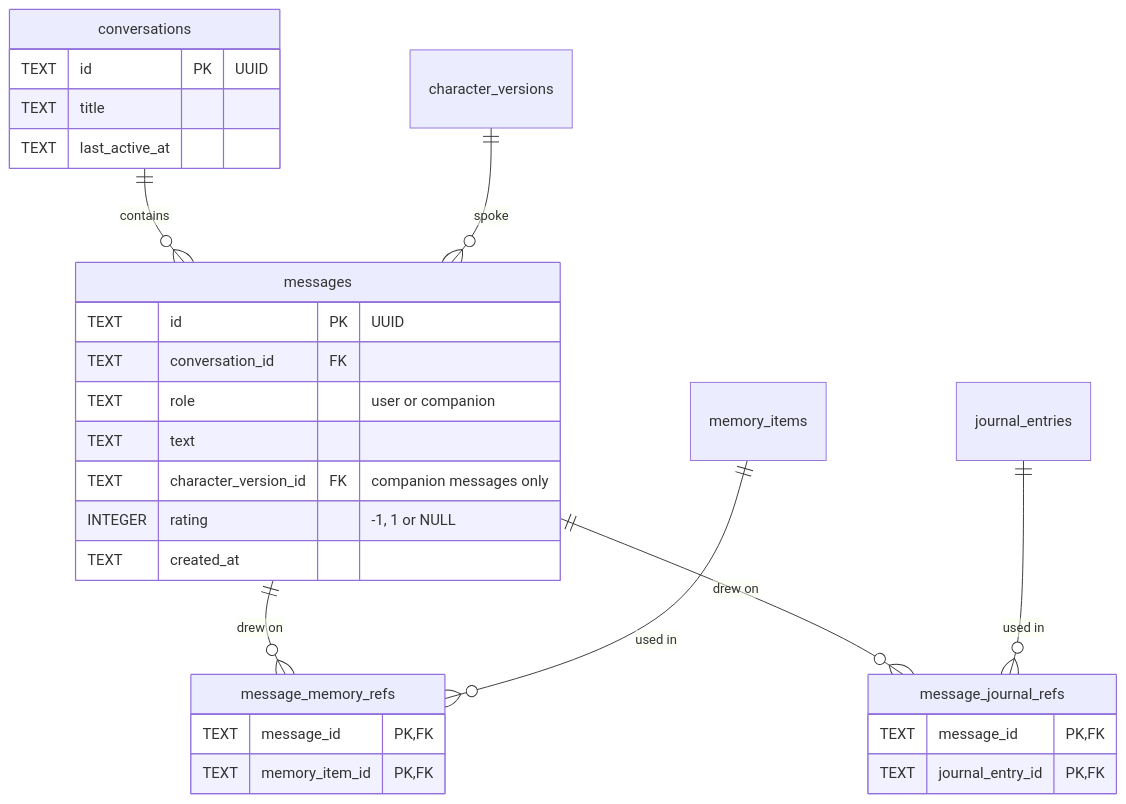
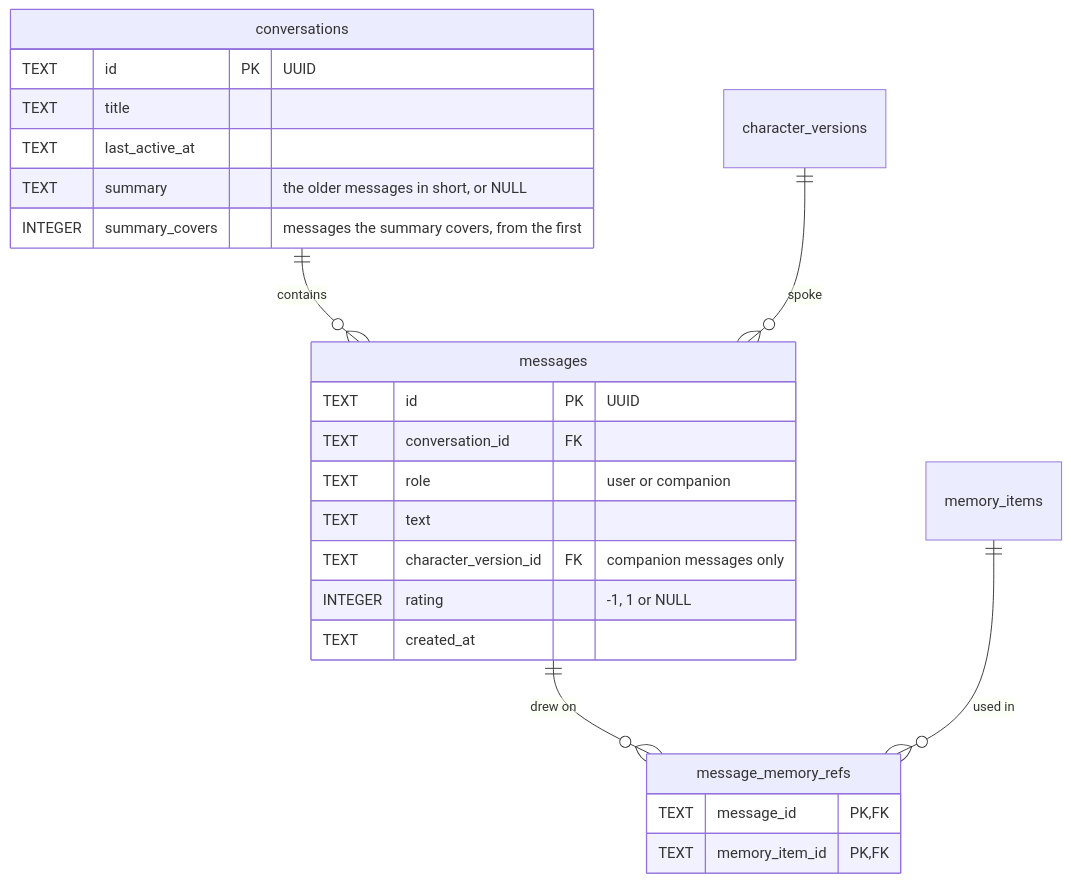
The third of 9 diagrams in docs/ERD.md (NguyenVu04/cognia), drawn with Mermaid before and after one commit. The commit also changed other lines of this file and 109 other files, not shown here.

````diff
--- a/docs/ERD.md
+++ b/docs/ERD.md
@@ -292,31 +290,27 @@
 ```mermaid
 erDiagram
     conversations {
         TEXT id PK "UUID"
         TEXT title
         TEXT last_active_at
+        TEXT summary "the older messages in short, or NULL"
+        INTEGER summary_covers "messages the summary covers, from the first"
     }
     messages {
         TEXT id PK "UUID"
         TEXT conversation_id FK
         TEXT role "user or companion"
         TEXT text
         TEXT character_version_id FK "companion messages only"
         INTEGER rating "-1, 1 or NULL"
         TEXT created_at
     }
     message_memory_refs {
         TEXT message_id PK, FK
         TEXT memory_item_id PK, FK
     }
-    message_journal_refs {
-        TEXT message_id PK, FK
-        TEXT journal_entry_id PK, FK
-    }
     conversations ||--o{ messages : "contains"
     character_versions ||--o{ messages : "spoke"
     messages ||--o{ message_memory_refs : "drew on"
-    messages ||--o{ message_journal_refs : "drew on"
     memory_items ||--o{ message_memory_refs : "used in"
-    journal_entries ||--o{ message_journal_refs : "used in"
 ```
````
